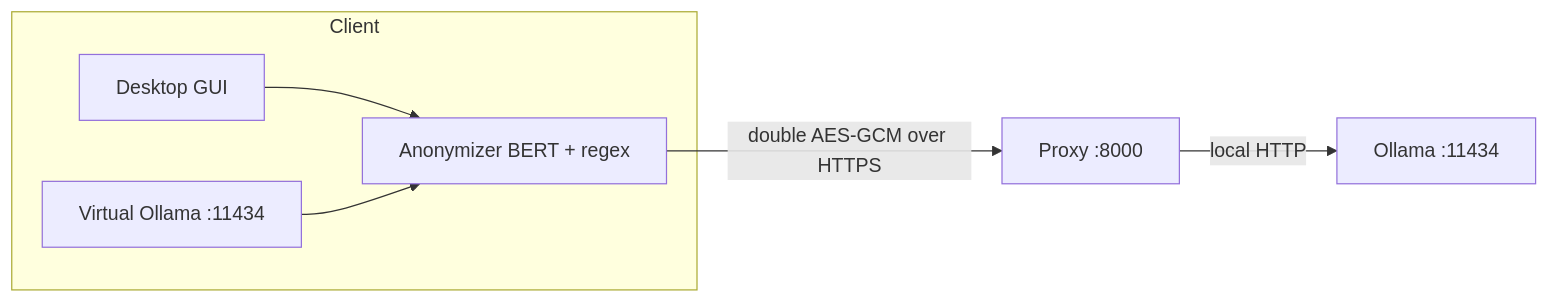
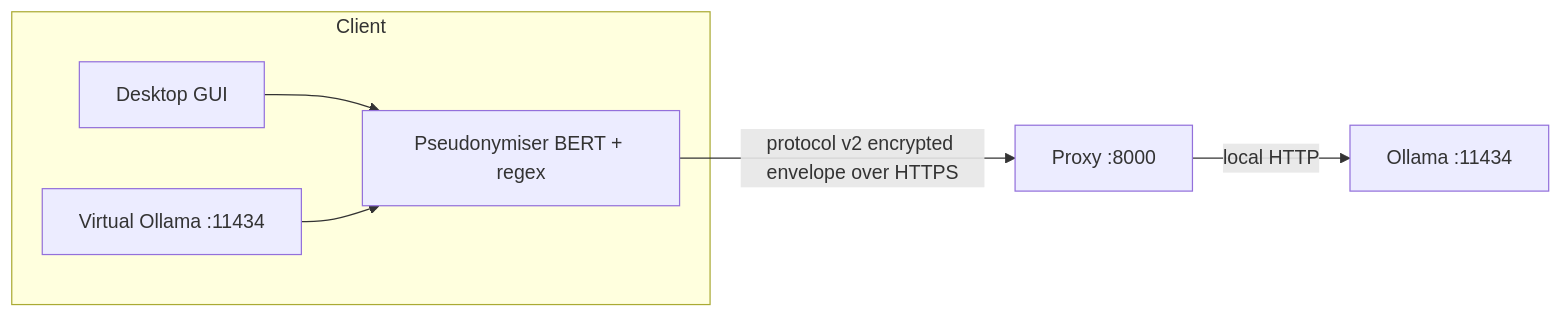
The diagram in README.md (ramsestein/ollama_sliplane), drawn with Mermaid before and after one commit. The commit also changed other lines of this file and 14 other files, not shown here.

````diff
--- a/README.md
+++ b/README.md
@@ -52,9 +58,9 @@
 ```mermaid
 flowchart LR
     subgraph Client
-      GUI[Desktop GUI] --> AN[Anonymizer BERT + regex]
+      GUI[Desktop GUI] --> AN[Pseudonymiser BERT + regex]
       LO[Virtual Ollama :11434] --> AN
     end
-    AN -- "double AES-GCM over HTTPS" --> PX[Proxy :8000]
+    AN -- "protocol v2 encrypted envelope over HTTPS" --> PX[Proxy :8000]
     PX -- "local HTTP" --> OL[Ollama :11434]
 ```
````
